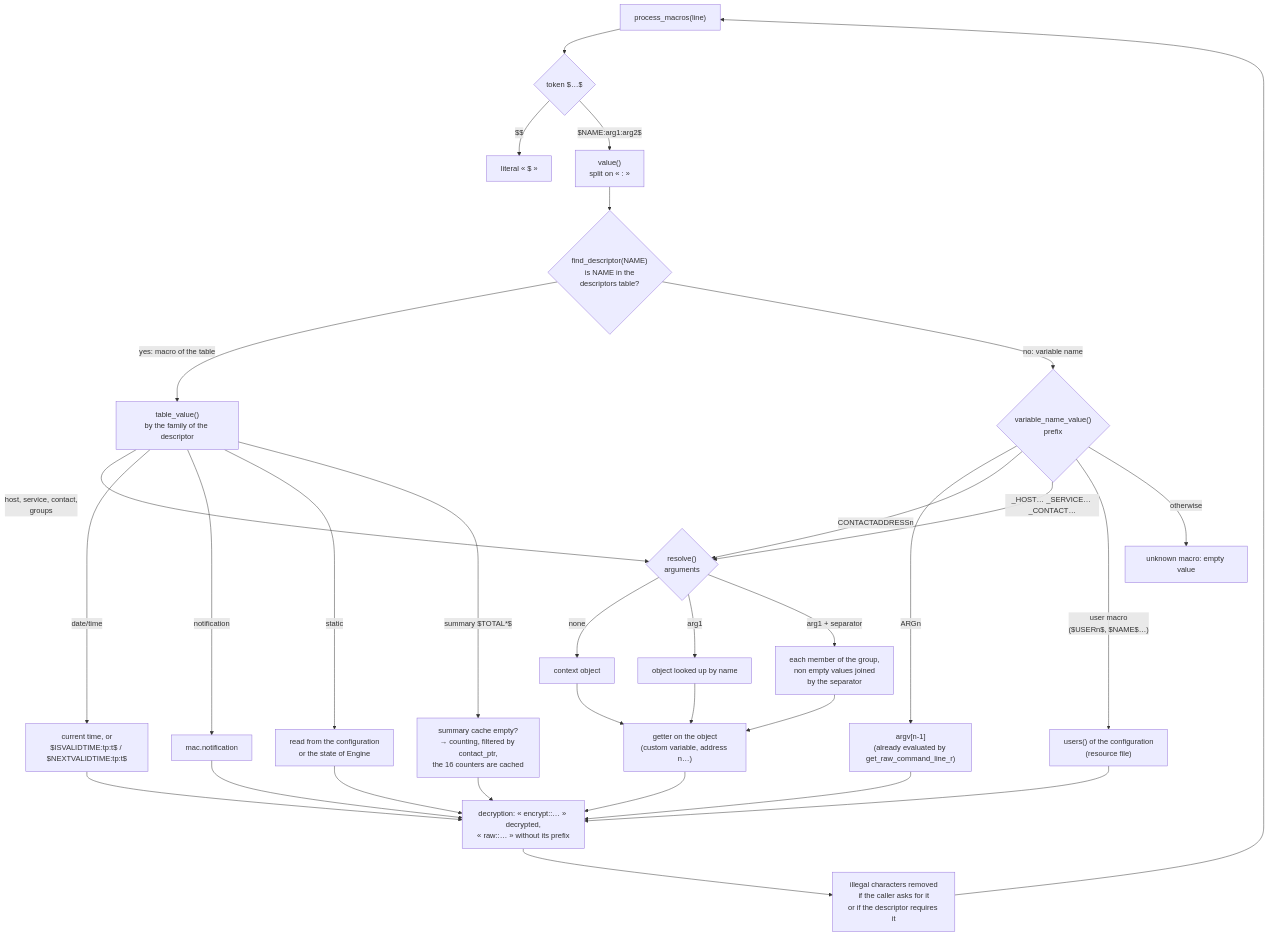
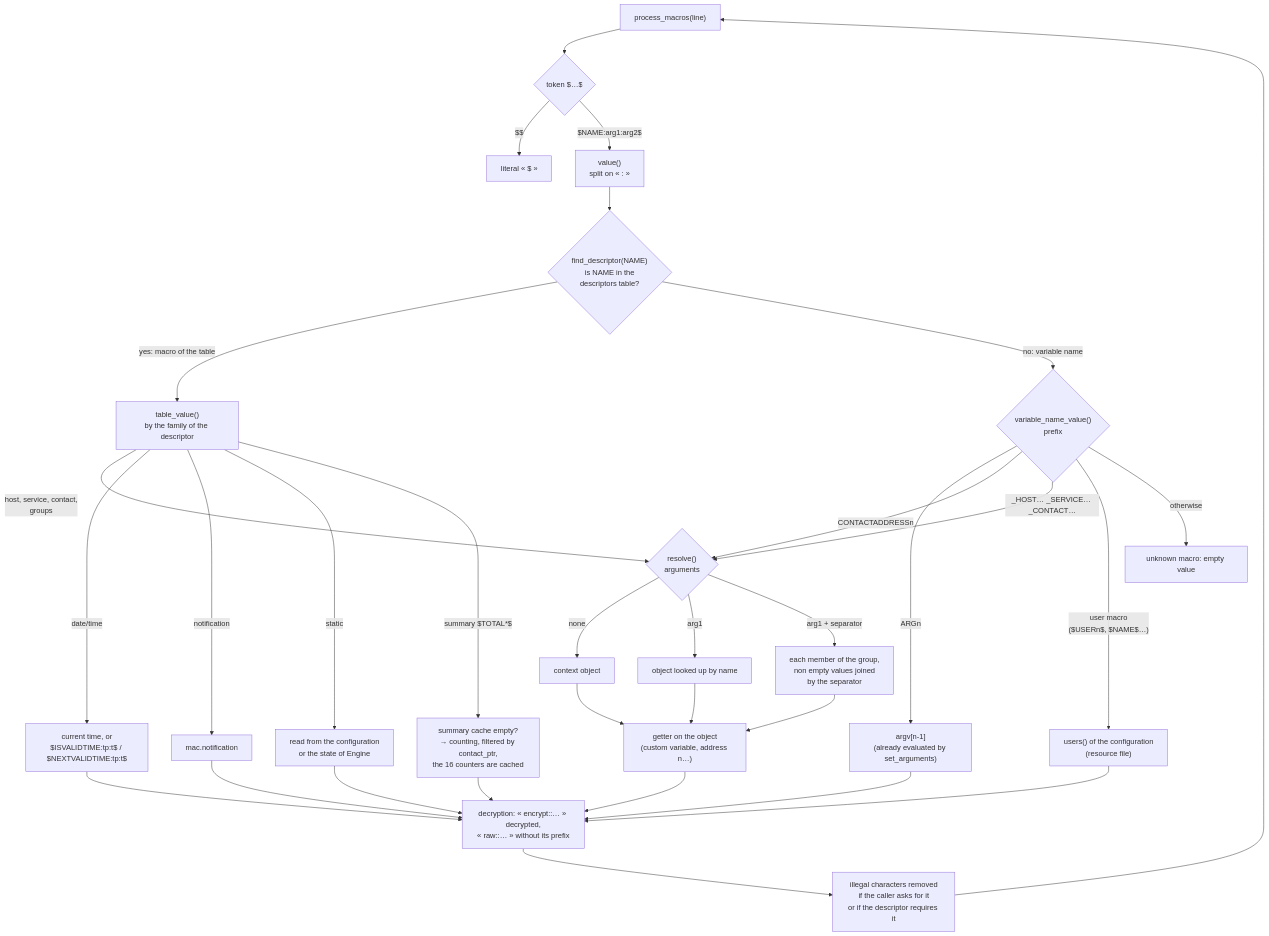
Before and after one commit to centreon/centreon-collect: the diagram in doc/engine-macros-en.md, drawn with Mermaid. The commit also changed other lines of this file and 3 other files, not shown here.

````diff
--- a/doc/engine-macros-en.md
+++ b/doc/engine-macros-en.md
@@ -103,39 +107,39 @@
 ```mermaid
 flowchart TD
     A["process_macros(line)"] --> B{"token $…$"}
     B -->|"$$"| B1["literal « $ »"]
     B -->|"$NAME:arg1:arg2$"| C["value()<br/>split on « : »"]
 
     C --> D{"find_descriptor(NAME)<br/>is NAME in the<br/>descriptors table?"}
     D -->|"yes: macro of the table"| E["table_value()<br/>by the family of the descriptor"]
     D -->|"no: variable name"| F{"variable_name_value()<br/>prefix"}
 
-    F -->|"ARGn"| F1["argv[n-1]<br/>(already evaluated by get_raw_command_line_r)"]
+    F -->|"ARGn"| F1["argv[n-1]<br/>(already evaluated by set_arguments)"]
     F -->|"CONTACTADDRESSn"| R1
     F -->|"_HOST… _SERVICE… _CONTACT…"| R1
     F -->|"user macro<br/>($USERn$, $NAME$…)"| F5["users() of the configuration<br/>(resource file)"]
     F -->|otherwise| F6["unknown macro: empty value"]
 
     E -->|"host, service, contact,<br/>groups"| R1{"resolve()<br/>arguments"}
     E -->|"date/time"| P3["current time, or<br/>$ISVALIDTIME:tp:t$ / $NEXTVALIDTIME:tp:t$"]
     E -->|"notification"| P1["mac.notification"]
     E -->|"static"| P2["read from the configuration<br/>or the state of Engine"]
     E -->|"summary $TOTAL*$"| P4["summary cache empty?<br/>→ counting, filtered by contact_ptr,<br/>the 16 counters are cached"]
 
     R1 -->|none| R2["context object"]
     R1 -->|arg1| R3["object looked up by name"]
     R1 -->|"arg1 + separator"| R4["each member of the group,<br/>non empty values joined<br/>by the separator"]
     R2 --> S["getter on the object<br/>(custom variable, address n…)"]
     R3 --> S
     R4 --> S
 
     S --> Z["decryption: « encrypt::… » decrypted,<br/>« raw::… » without its prefix"]
     P1 --> Z
     P2 --> Z
     P3 --> Z
     P4 --> Z
     F1 --> Z
     F5 --> Z
     Z --> Z2["illegal characters removed<br/>if the caller asks for it<br/>or if the descriptor requires it"]
     Z2 --> A
 ```
````
